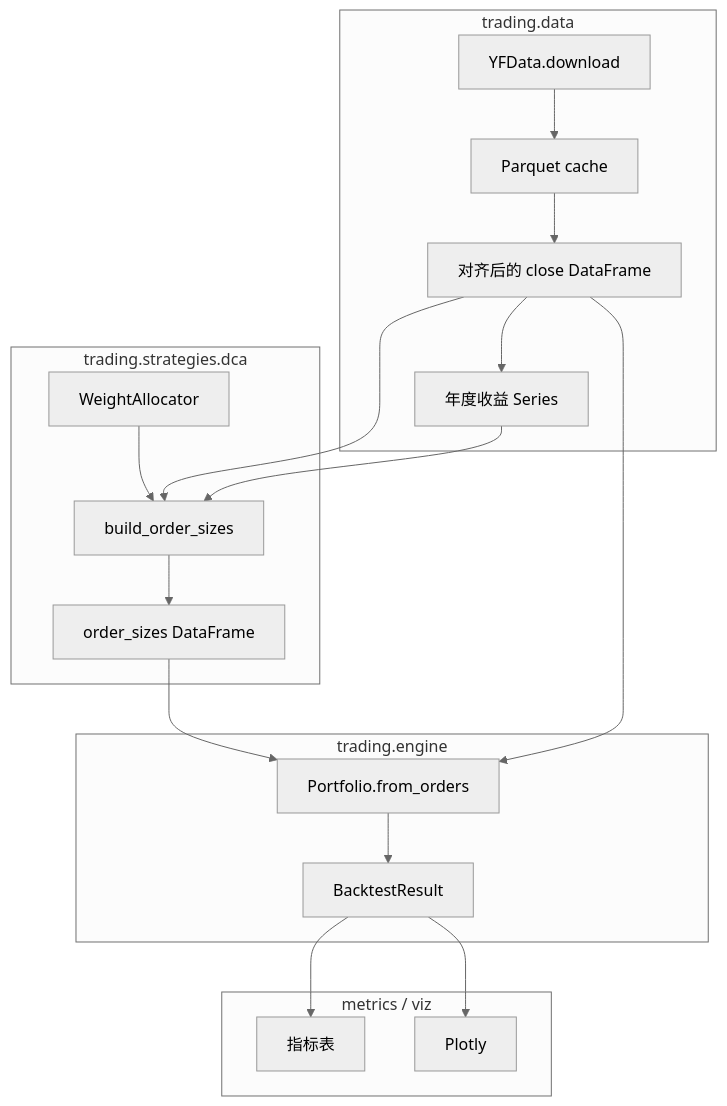
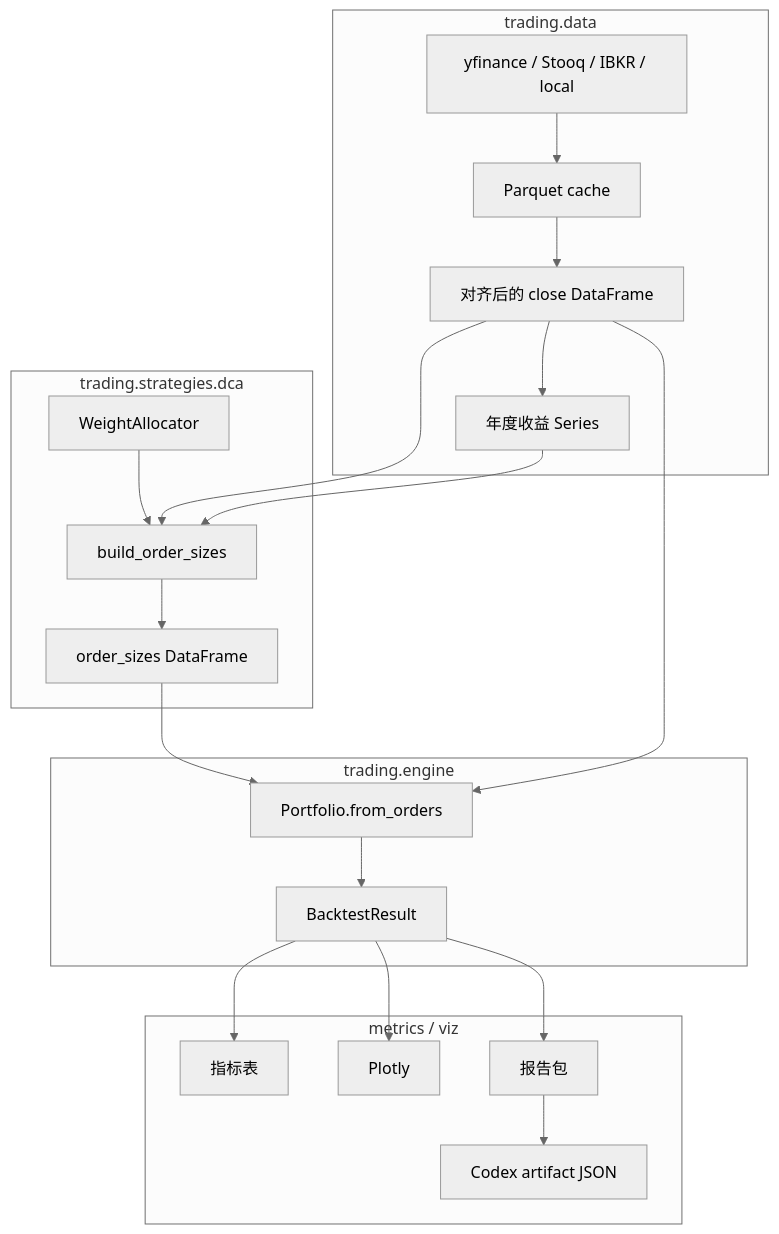
Before and after one commit to robertchen245/Trading: the diagram in readme.md, drawn with Mermaid (neutral theme). The commit also changed other lines of this file and 23 other files, not shown here.

````diff
--- a/readme.md
+++ b/readme.md
@@ -86,27 +96,29 @@
 ```mermaid
 flowchart TB
   subgraph data_layer [trading.data]
-    YF[YFData.download]
+    YF[yfinance / Stooq / IBKR / local]
     Cache[Parquet cache]
     YF --> Cache
     Cache --> Close[对齐后的 close DataFrame]
     Close --> Ann[年度收益 Series]
   end
   subgraph strat [trading.strategies.dca]
     Alloc[WeightAllocator]
     Build[build_order_sizes]
     Alloc --> Build
     Close --> Build
     Ann --> Build
     Build --> Orders[order_sizes DataFrame]
   end
   subgraph eng [trading.engine]
     Orders --> VBT[Portfolio.from_orders]
     Close --> VBT
     VBT --> BR[BacktestResult]
   end
   subgraph post [metrics / viz]
     BR --> Met[指标表]
     BR --> Fig[Plotly]
+    BR --> Pack[报告包]
+    Pack --> Codex[Codex artifact JSON]
   end
 ```
````
